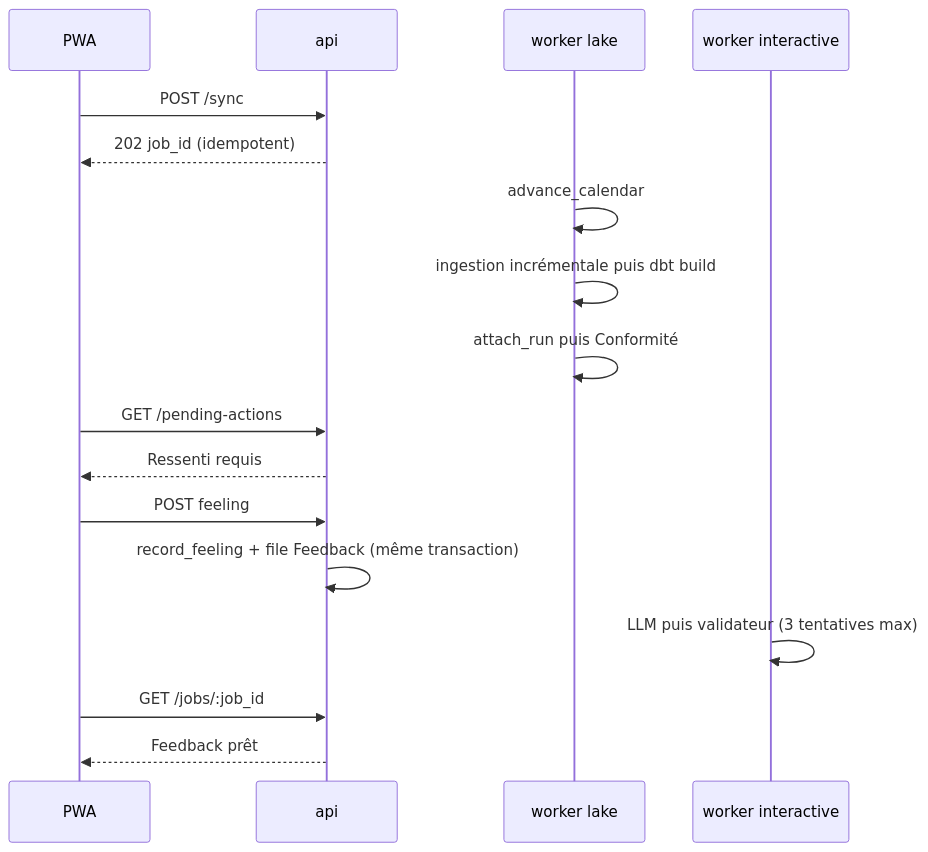
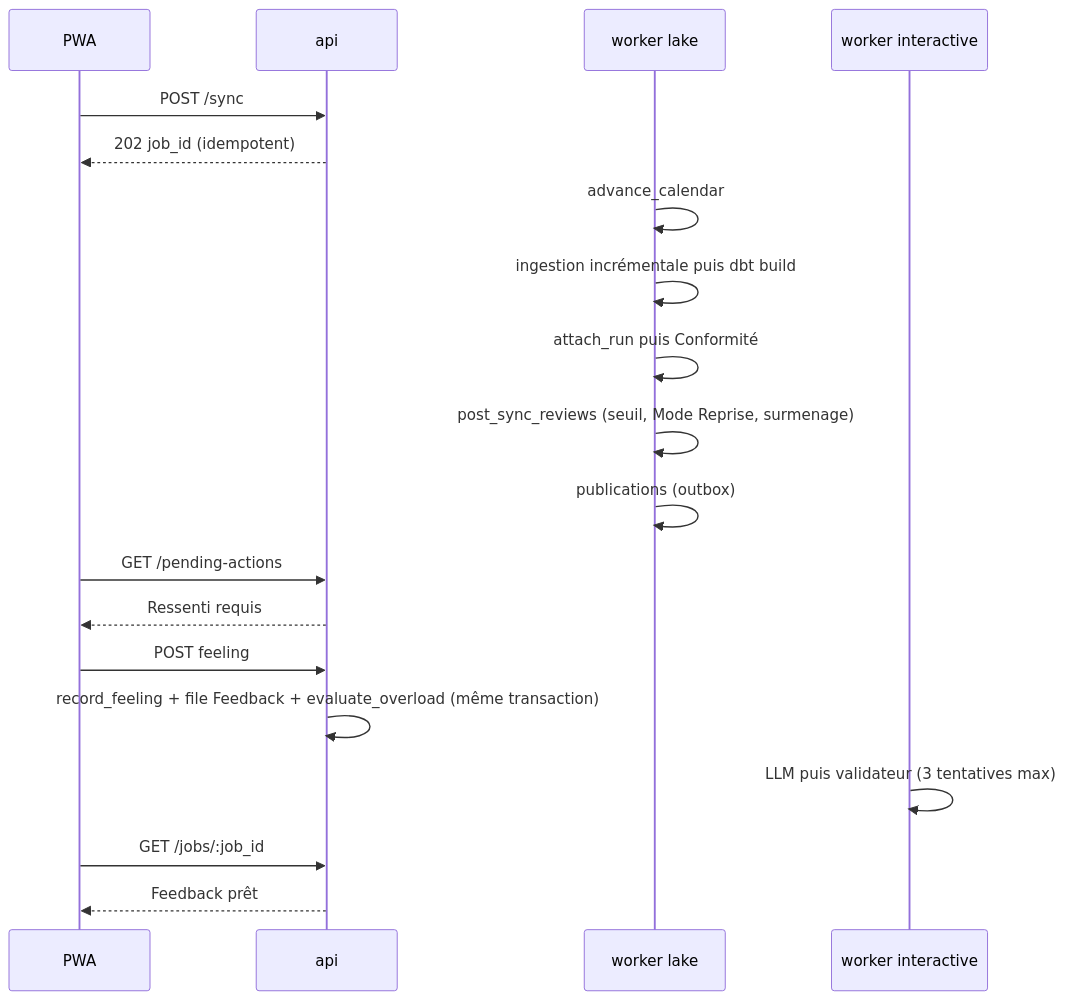
Before and after one commit to Badr-sajid/running: the third of 5 diagrams in _bmad-output/planning-artifacts/architecture/architecture-running-2026-11-22/ARCHITECTURE-SPINE.md, drawn with Mermaid. The commit also changed other lines of this file and 9 other files, not shown here.

Commit message:
maj de bmad-architecture

````diff
--- a/_bmad-output/planning-artifacts/architecture/architecture-running-2026-11-22/ARCHITECTURE-SPINE.md
+++ b/_bmad-output/planning-artifacts/architecture/architecture-running-2026-11-22/ARCHITECTURE-SPINE.md
@@ -477,19 +637,21 @@
 ```mermaid
 sequenceDiagram
   participant F as PWA
   participant A as api
   participant L as worker lake
   participant I as worker interactive
   F->>A: POST /sync
   A-->>F: 202 job_id (idempotent)
   L->>L: advance_calendar
   L->>L: ingestion incrémentale puis dbt build
   L->>L: attach_run puis Conformité
+  L->>L: post_sync_reviews (seuil, Mode Reprise, surmenage)
+  L->>L: publications (outbox)
   F->>A: GET /pending-actions
   A-->>F: Ressenti requis
   F->>A: POST feeling
-  A->>A: record_feeling + file Feedback (même transaction)
+  A->>A: record_feeling + file Feedback + evaluate_overload (même transaction)
   I->>I: LLM puis validateur (3 tentatives max)
   F->>A: GET /jobs/:job_id
   A-->>F: Feedback prêt
 ```
````
